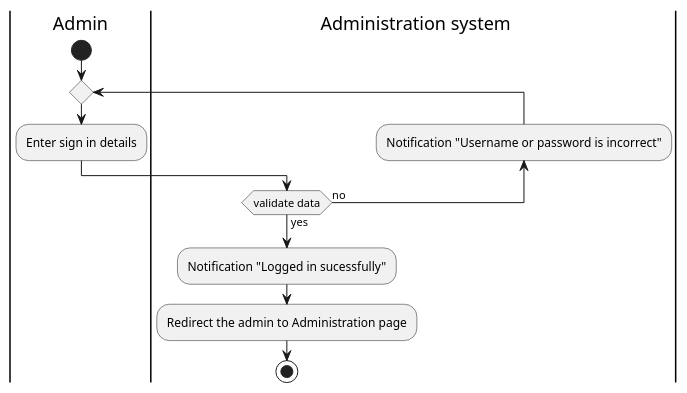
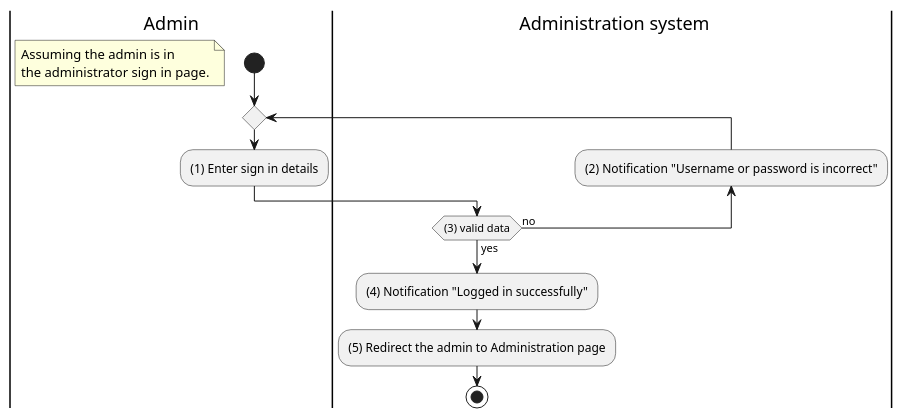
The diagram in Lab 1.2/puml-code/activity/sign-in-as-admin.puml (doublek2712/SE357-Pratice-class), drawn with PlantUML before and after one commit. The commit also changed 5 other files, not shown here.

```diff
--- a/Lab 1.2/puml-code/activity/sign-in-as-admin.puml
+++ b/Lab 1.2/puml-code/activity/sign-in-as-admin.puml
@@ -1,15 +1,19 @@
 @startuml
 |Admin|
 |System| Administration system
 
 |Admin|
 start
+floating note left
+Assuming the admin is in
+the administrator sign in page.
+end note
 repeat 
-:Enter sign in details;
+:(1) Enter sign in details;
 |System|
-backward:Notification "Username or password is incorrect";
-repeat while (validate data) is (no) not (yes)
-:Notification "Logged in sucessfully";
-:Redirect the admin to Administration page;
+backward:(2) Notification "Username or password is incorrect";
+repeat while ((3) valid data) is (no) not (yes)
+:(4) Notification "Logged in successfully";
+:(5) Redirect the admin to Administration page;
 stop
 @enduml
```
